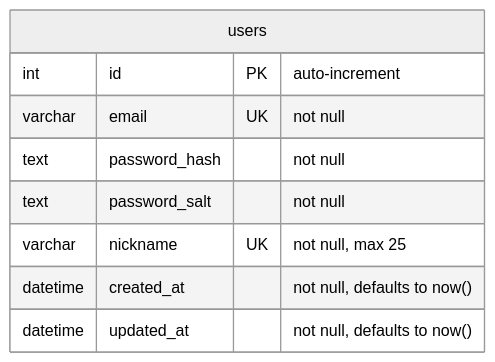
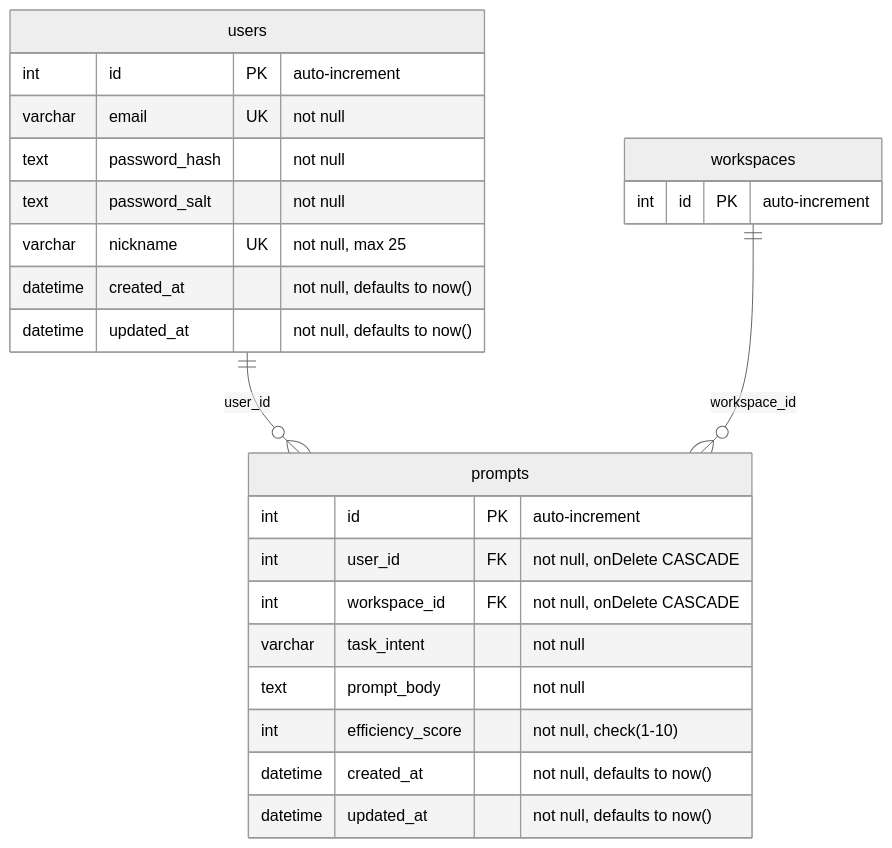
The diagram in readme.md (BinaryStudioAcademy/bsa-2026-promtomat), drawn with Mermaid (neutral theme) before and after one commit.

Commit message:
docs: document the prompt table in the readme pm-71 (#147)
* docs: document prompts table in readme pm-71

* fix: update relationship label pm-71

````diff
--- a/readme.md
+++ b/readme.md
@@ -40,12 +40,30 @@
 ```mermaid
 erDiagram
+    users ||--o{ prompts : "user_id"
+    workspaces ||--o{ prompts : "workspace_id"
+
     users {
         int id PK "auto-increment"
         varchar email UK "not null"
         text password_hash "not null"
         text password_salt "not null"
         varchar nickname UK "not null, max 25"
         datetime created_at "not null, defaults to now()"
         datetime updated_at "not null, defaults to now()"
     }
+
+    workspaces {
+        int id PK "auto-increment"
+    }
+
+    prompts {
+        int id PK "auto-increment"
+        int user_id FK "not null, onDelete CASCADE"
+        int workspace_id FK "not null, onDelete CASCADE"
+        varchar task_intent "not null"
+        text prompt_body "not null"
+        int efficiency_score "not null, check(1-10)"
+        datetime created_at "not null, defaults to now()"
+        datetime updated_at "not null, defaults to now()"
+    }
 ```
````
